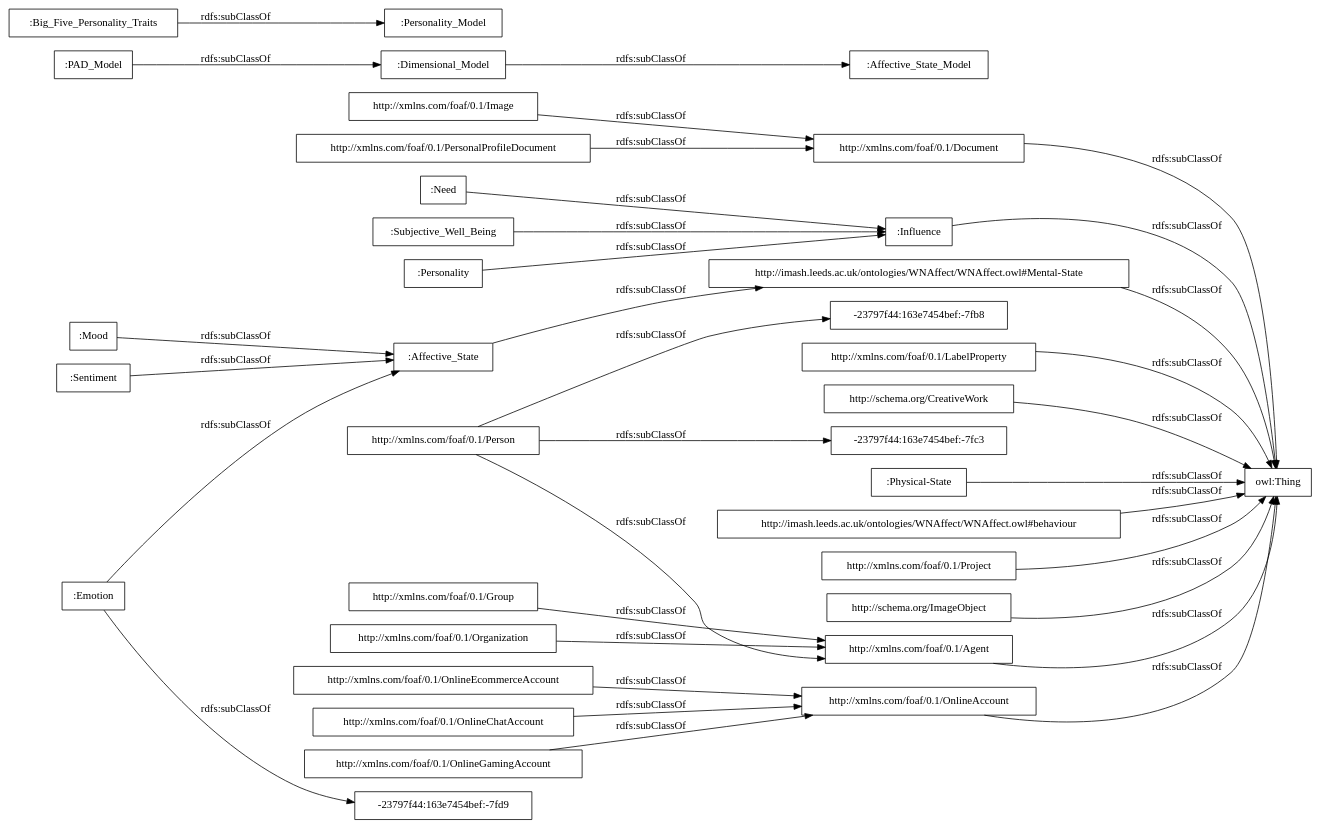
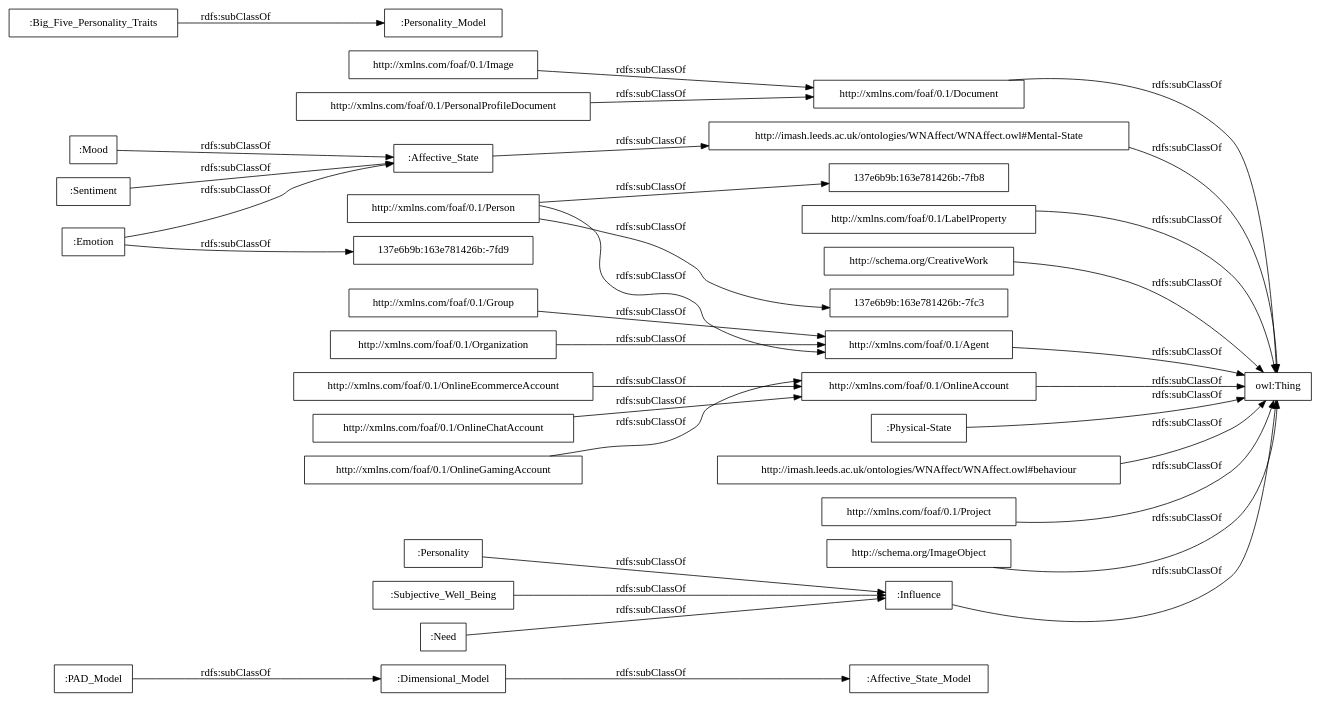
One commit to rana-othman/HASIO-Modularization changed the diagram in OnToology/Affective_States_Influences_Relations_Module.owl/diagrams/ar2dtool-taxonomy/Affective_States_Influences_Relations_Module.owl.png.dot. Above: the diagram before and after it, drawn with Graphviz. The commit also changed 43 other files, not shown here.

```diff
--- a/OnToology/Affective_States_Influences_Relations_Module.owl/diagrams/ar2dtool-taxonomy/Affective_States_Influences_Relations_Module.owl.png.dot
+++ b/OnToology/Affective_States_Influences_Relations_Module.owl/diagrams/ar2dtool-taxonomy/Affective_States_Influences_Relations_Module.owl.png.dot
@@ -1,38 +1,38 @@
 digraph ar2dtool_diagram { 
 rankdir=LR;
 size="1000"
-node [shape = rectangle, color="black"]; "-23797f44:163e7454bef:-7fc3" ":Affective_State_Model" ":Personality" "http://xmlns.com/foaf/0.1/Document" ":Sentiment" ":Emotion" "http://xmlns.com/foaf/0.1/OnlineGamingAccount" "http://xmlns.com/foaf/0.1/Group" ":Influence" ":Affective_State" "http://imash.leeds.ac.uk/ontologies/WNAffect/WNAffect.owl#Mental-State" "http://xmlns.com/foaf/0.1/LabelProperty" ":Mood" ":Dimensional_Model" "http://xmlns.com/foaf/0.1/Person" ":Need" "http://xmlns.com/foaf/0.1/OnlineEcommerceAccount" ":Subjective_Well_Being" "http://schema.org/CreativeWork" "-23797f44:163e7454bef:-7fd9" "http://xmlns.com/foaf/0.1/Organization" "http://xmlns.com/foaf/0.1/Agent" ":Physical-State" "http://imash.leeds.ac.uk/ontologies/WNAffect/WNAffect.owl#behaviour" "-23797f44:163e7454bef:-7fb8" ":Personality_Model" "http://xmlns.com/foaf/0.1/OnlineChatAccount" "http://xmlns.com/foaf/0.1/Image" "http://xmlns.com/foaf/0.1/PersonalProfileDocument" ":Big_Five_Personality_Traits" ":PAD_Model" "http://xmlns.com/foaf/0.1/Project" "http://schema.org/ImageObject" "http://xmlns.com/foaf/0.1/OnlineAccount" ; /*classes style*/
+node [shape = rectangle, color="black"]; ":Affective_State_Model" ":Personality" "http://xmlns.com/foaf/0.1/Document" ":Sentiment" "137e6b9b:163e781426b:-7fb8" ":Emotion" "http://xmlns.com/foaf/0.1/OnlineGamingAccount" "http://xmlns.com/foaf/0.1/Group" ":Influence" ":Affective_State" "http://imash.leeds.ac.uk/ontologies/WNAffect/WNAffect.owl#Mental-State" "http://xmlns.com/foaf/0.1/LabelProperty" ":Mood" ":Dimensional_Model" "http://xmlns.com/foaf/0.1/Person" ":Need" "http://xmlns.com/foaf/0.1/OnlineEcommerceAccount" ":Subjective_Well_Being" "http://schema.org/CreativeWork" "137e6b9b:163e781426b:-7fd9" "http://xmlns.com/foaf/0.1/Organization" "http://xmlns.com/foaf/0.1/Agent" ":Physical-State" "137e6b9b:163e781426b:-7fc3" "http://imash.leeds.ac.uk/ontologies/WNAffect/WNAffect.owl#behaviour" ":Personality_Model" "http://xmlns.com/foaf/0.1/OnlineChatAccount" "http://xmlns.com/foaf/0.1/Image" "http://xmlns.com/foaf/0.1/PersonalProfileDocument" ":Big_Five_Personality_Traits" ":PAD_Model" "http://xmlns.com/foaf/0.1/Project" "http://schema.org/ImageObject" "http://xmlns.com/foaf/0.1/OnlineAccount" ; /*classes style*/
 	"http://xmlns.com/foaf/0.1/Project" -> "owl:Thing" [ label = "rdfs:subClassOf" ];
 	":Physical-State" -> "owl:Thing" [ label = "rdfs:subClassOf" ];
 	"http://xmlns.com/foaf/0.1/Document" -> "owl:Thing" [ label = "rdfs:subClassOf" ];
 	":PAD_Model" -> ":Dimensional_Model" [ label = "rdfs:subClassOf" ];
 	"http://schema.org/ImageObject" -> "owl:Thing" [ label = "rdfs:subClassOf" ];
-	":Emotion" -> "-23797f44:163e7454bef:-7fd9" [ label = "rdfs:subClassOf" ];
+	":Emotion" -> "137e6b9b:163e781426b:-7fd9" [ label = "rdfs:subClassOf" ];
 	":Emotion" -> ":Affective_State" [ label = "rdfs:subClassOf" ];
 	":Influence" -> "owl:Thing" [ label = "rdfs:subClassOf" ];
 	"http://xmlns.com/foaf/0.1/OnlineGamingAccount" -> "http://xmlns.com/foaf/0.1/OnlineAccount" [ label = "rdfs:subClassOf" ];
 	"http://imash.leeds.ac.uk/ontologies/WNAffect/WNAffect.owl#Mental-State" -> "owl:Thing" [ label = "rdfs:subClassOf" ];
 	"http://xmlns.com/foaf/0.1/PersonalProfileDocument" -> "http://xmlns.com/foaf/0.1/Document" [ label = "rdfs:subClassOf" ];
 	"http://imash.leeds.ac.uk/ontologies/WNAffect/WNAffect.owl#behaviour" -> "owl:Thing" [ label = "rdfs:subClassOf" ];
 	":Big_Five_Personality_Traits" -> ":Personality_Model" [ label = "rdfs:subClassOf" ];
 	"http://xmlns.com/foaf/0.1/Group" -> "http://xmlns.com/foaf/0.1/Agent" [ label = "rdfs:subClassOf" ];
 	"http://xmlns.com/foaf/0.1/OnlineChatAccount" -> "http://xmlns.com/foaf/0.1/OnlineAccount" [ label = "rdfs:subClassOf" ];
 	":Sentiment" -> ":Affective_State" [ label = "rdfs:subClassOf" ];
 	":Subjective_Well_Being" -> ":Influence" [ label = "rdfs:subClassOf" ];
 	"http://xmlns.com/foaf/0.1/Image" -> "http://xmlns.com/foaf/0.1/Document" [ label = "rdfs:subClassOf" ];
 	":Affective_State" -> "http://imash.leeds.ac.uk/ontologies/WNAffect/WNAffect.owl#Mental-State" [ label = "rdfs:subClassOf" ];
-	"http://xmlns.com/foaf/0.1/Person" -> "-23797f44:163e7454bef:-7fc3" [ label = "rdfs:subClassOf" ];
-	"http://xmlns.com/foaf/0.1/Person" -> "-23797f44:163e7454bef:-7fb8" [ label = "rdfs:subClassOf" ];
+	"http://xmlns.com/foaf/0.1/Person" -> "137e6b9b:163e781426b:-7fb8" [ label = "rdfs:subClassOf" ];
+	"http://xmlns.com/foaf/0.1/Person" -> "137e6b9b:163e781426b:-7fc3" [ label = "rdfs:subClassOf" ];
 	"http://xmlns.com/foaf/0.1/Person" -> "http://xmlns.com/foaf/0.1/Agent" [ label = "rdfs:subClassOf" ];
 	":Dimensional_Model" -> ":Affective_State_Model" [ label = "rdfs:subClassOf" ];
 	"http://xmlns.com/foaf/0.1/Agent" -> "owl:Thing" [ label = "rdfs:subClassOf" ];
 	":Personality" -> ":Influence" [ label = "rdfs:subClassOf" ];
 	"http://xmlns.com/foaf/0.1/Organization" -> "http://xmlns.com/foaf/0.1/Agent" [ label = "rdfs:subClassOf" ];
 	"http://xmlns.com/foaf/0.1/OnlineAccount" -> "owl:Thing" [ label = "rdfs:subClassOf" ];
 	":Mood" -> ":Affective_State" [ label = "rdfs:subClassOf" ];
 	"http://schema.org/CreativeWork" -> "owl:Thing" [ label = "rdfs:subClassOf" ];
 	"http://xmlns.com/foaf/0.1/LabelProperty" -> "owl:Thing" [ label = "rdfs:subClassOf" ];
 	":Need" -> ":Influence" [ label = "rdfs:subClassOf" ];
 	"http://xmlns.com/foaf/0.1/OnlineEcommerceAccount" -> "http://xmlns.com/foaf/0.1/OnlineAccount" [ label = "rdfs:subClassOf" ];
 
 }
```
